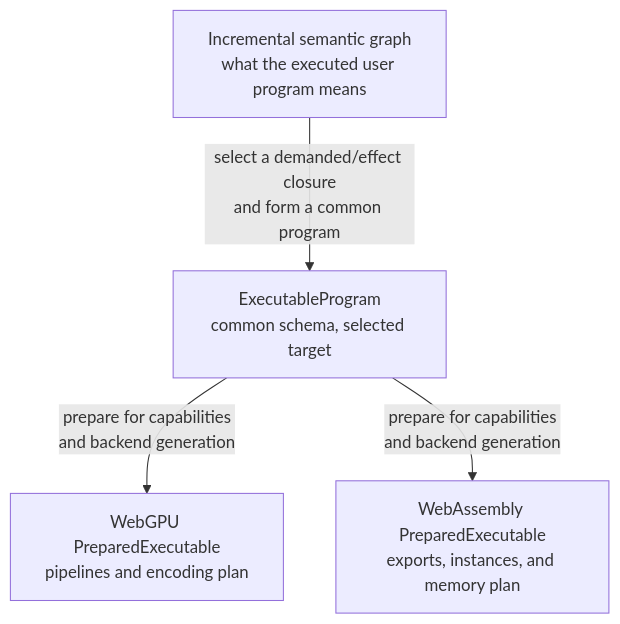
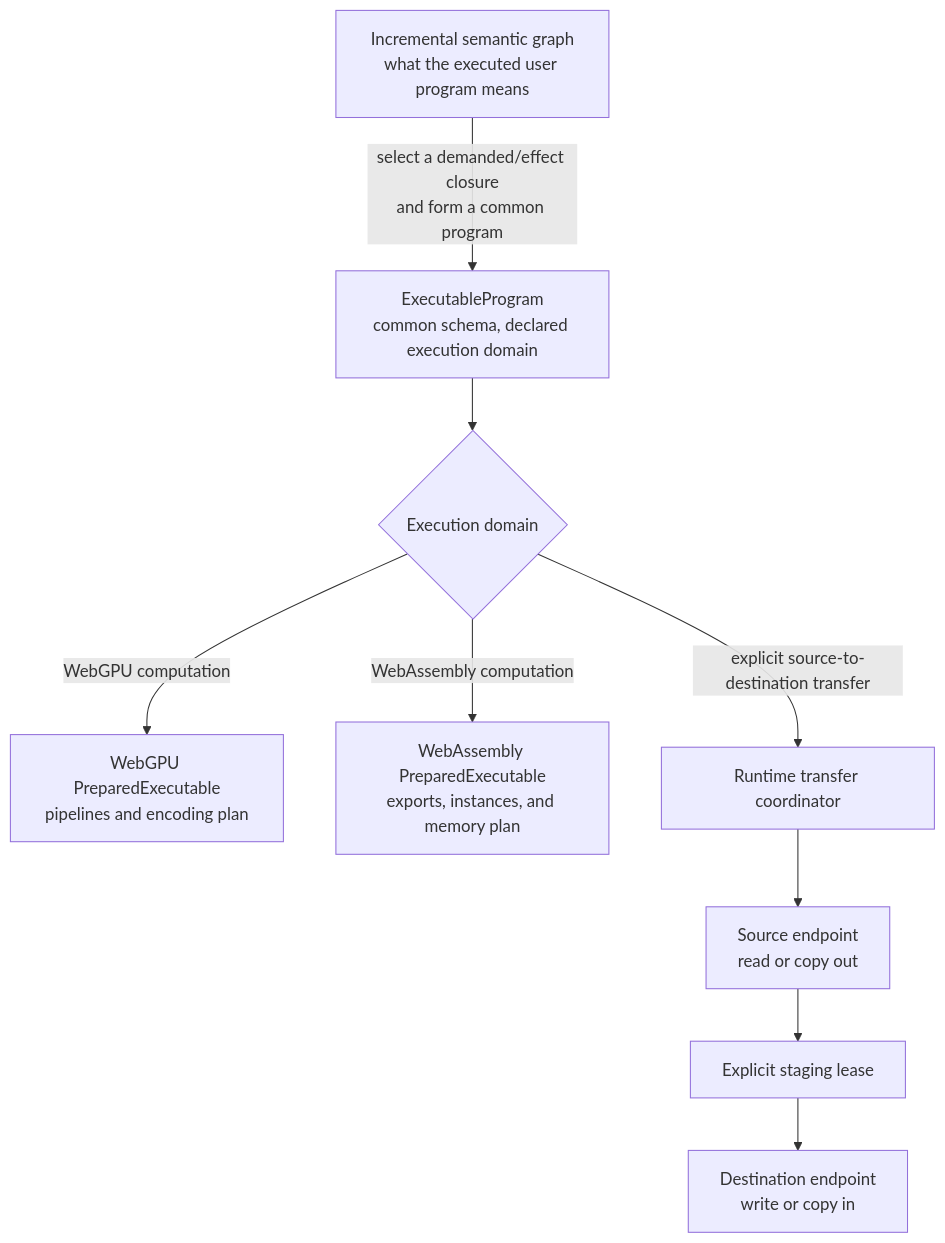
Before and after one commit to isaacperez/tabgrad: the diagram in docs/architecture/internal-representations.md, drawn with Mermaid. The commit also changed other lines of this file and 7 other files, not shown here.

Commit message:
Clarify transfer lifecycle and architecture terms

````diff
--- a/docs/architecture/internal-representations.md
+++ b/docs/architecture/internal-representations.md
@@ -15,11 +18,19 @@
 ```mermaid
 flowchart TD
     Semantic[Incremental semantic graph<br/>what the executed user program means]
-    Program[ExecutableProgram<br/>common schema, selected target]
+    Program[ExecutableProgram<br/>common schema, declared execution domain]
+    Domain{Execution domain}
     WebGPU[WebGPU PreparedExecutable<br/>pipelines and encoding plan]
     WebAssembly[WebAssembly PreparedExecutable<br/>exports, instances, and memory plan]
+    Coordinator[Runtime transfer coordinator]
+    Source[Source endpoint<br/>read or copy out]
+    Staging[Explicit staging lease]
+    Destination[Destination endpoint<br/>write or copy in]
 
     Semantic -->|select a demanded/effect closure<br/>and form a common program| Program
-    Program -->|prepare for capabilities<br/>and backend generation| WebGPU
-    Program -->|prepare for capabilities<br/>and backend generation| WebAssembly
+    Program --> Domain
+    Domain -->|WebGPU computation| WebGPU
+    Domain -->|WebAssembly computation| WebAssembly
+    Domain -->|explicit source-to-destination transfer| Coordinator
+    Coordinator --> Source --> Staging --> Destination
 ```
````
